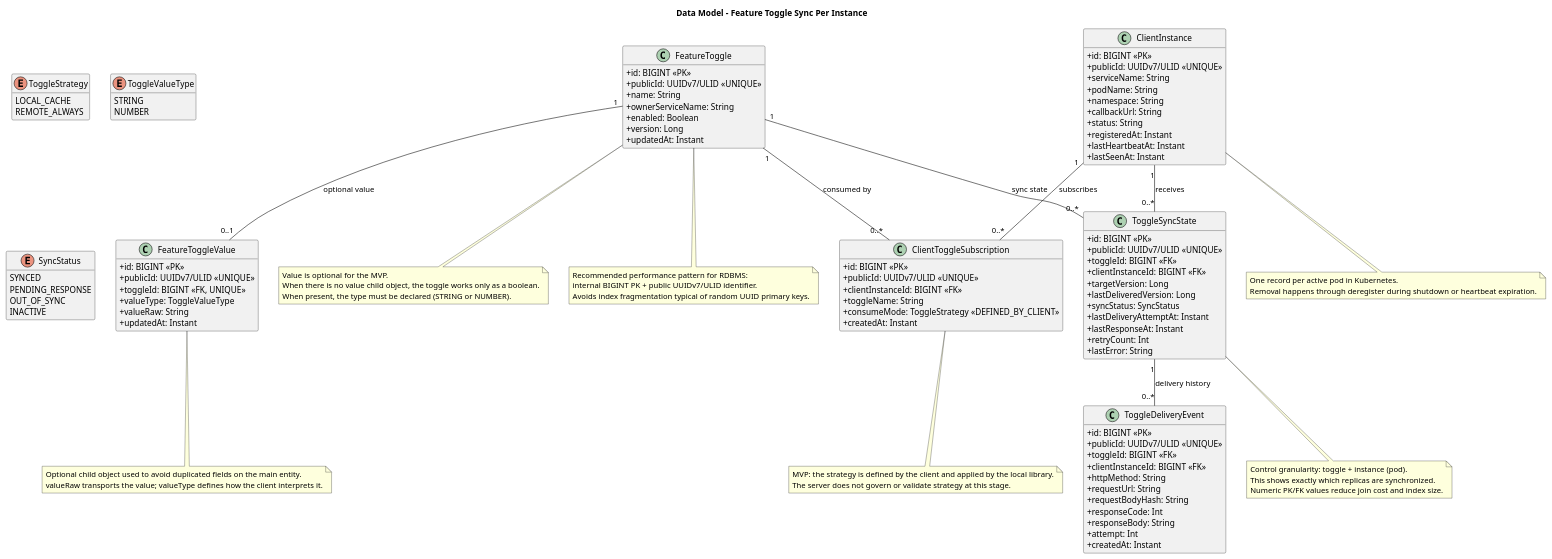
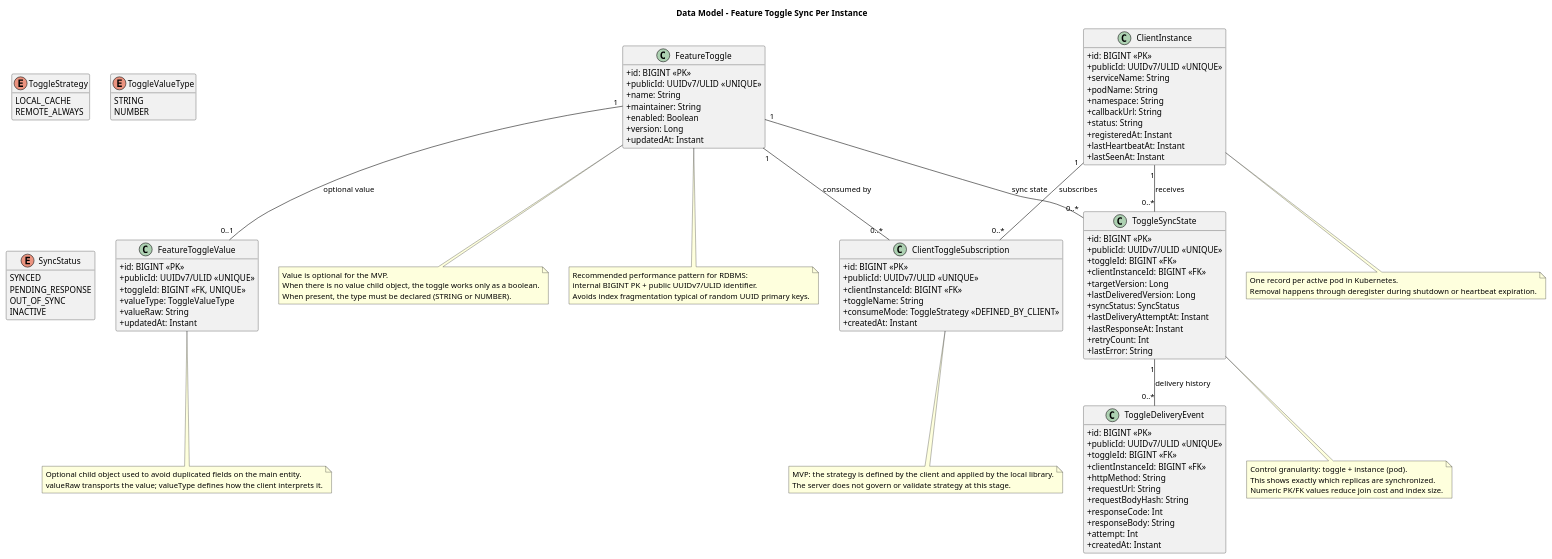
One commit to marcosfaneli/toggle changed the diagram in doc/feature-toggle-data-model.puml. Above: the diagram before and after it, drawn with PlantUML. The commit also changed 39 other files, not shown here.

```diff
--- a/doc/feature-toggle-data-model.puml
+++ b/doc/feature-toggle-data-model.puml
@@ -1,134 +1,134 @@
 @startuml
 ' Suggested data model for Feature Toggle on Kubernetes
 
 hide methods
 skinparam classAttributeIconSize 0
 
 title Data Model - Feature Toggle Sync Per Instance
 
 enum ToggleStrategy {
   LOCAL_CACHE
   REMOTE_ALWAYS
 }
 
 enum ToggleValueType {
   STRING
   NUMBER
 }
 
 enum SyncStatus {
   SYNCED
   PENDING_RESPONSE
   OUT_OF_SYNC
   INACTIVE
 }
 
 class FeatureToggle {
   +id: BIGINT <<PK>>
   +publicId: UUIDv7/ULID <<UNIQUE>>
   +name: String
-  +ownerServiceName: String
+  +maintainer: String
   +enabled: Boolean
   +version: Long
   +updatedAt: Instant
 }
 
 class FeatureToggleValue {
   +id: BIGINT <<PK>>
   +publicId: UUIDv7/ULID <<UNIQUE>>
   +toggleId: BIGINT <<FK, UNIQUE>>
   +valueType: ToggleValueType
   +valueRaw: String
   +updatedAt: Instant
 }
 
 class ClientInstance {
   +id: BIGINT <<PK>>
   +publicId: UUIDv7/ULID <<UNIQUE>>
   +serviceName: String
   +instanceId: String <<UNIQUE(serviceName, instanceId)>>
   +podName: String
   +namespace: String
   +callbackUrl: String
   +status: String
   +registeredAt: Instant
   +lastHeartbeatAt: Instant
   +lastSeenAt: Instant
 }
 
 class ClientToggleSubscription {
   +id: BIGINT <<PK>>
   +publicId: UUIDv7/ULID <<UNIQUE>>
   +clientInstanceId: BIGINT <<FK>>
   +toggleName: String
   +consumeMode: ToggleStrategy <<DEFINED_BY_CLIENT>>
   +createdAt: Instant
 }
 
 class ToggleSyncState {
   +id: BIGINT <<PK>>
   +publicId: UUIDv7/ULID <<UNIQUE>>
   +toggleId: BIGINT <<FK>>
   +clientInstanceId: BIGINT <<FK>>
   +targetVersion: Long
   +lastDeliveredVersion: Long
   +uniqueKey: (toggleId, clientInstanceId) <<UNIQUE>>
   +syncStatus: SyncStatus
   +lastDeliveryAttemptAt: Instant
   +lastResponseAt: Instant
   +retryCount: Int
   +lastError: String
 }
 
 class ToggleDeliveryEvent {
   +id: BIGINT <<PK>>
   +publicId: UUIDv7/ULID <<UNIQUE>>
   +toggleId: BIGINT <<FK>>
   +clientInstanceId: BIGINT <<FK>>
   +httpMethod: String
   +requestUrl: String
   +requestBodyHash: String
   +responseCode: Int
   +responseBody: String
   +attempt: Int
   +createdAt: Instant
 }
 
 FeatureToggle "1" -- "0..*" ToggleSyncState : sync state
 FeatureToggle "1" -- "0..1" FeatureToggleValue : optional value
 ClientInstance "1" -- "0..*" ToggleSyncState : receives
 ClientInstance "1" -- "0..*" ClientToggleSubscription : subscribes
 FeatureToggle "1" -- "0..*" ClientToggleSubscription : consumed by
 ToggleSyncState "1" -- "0..*" ToggleDeliveryEvent : delivery history
 
 note bottom of ToggleSyncState
 Control granularity: toggle + instance (pod).
 This shows exactly which replicas are synchronized.
 Numeric PK/FK values reduce join cost and index size.
 end note
 
 note bottom of ClientInstance
 One record per active pod in Kubernetes.
 Removal happens through deregister during shutdown or heartbeat expiration.
 end note
 
 note bottom of ClientToggleSubscription
 MVP: the strategy is defined by the client and applied by the local library.
 The server does not govern or validate strategy at this stage.
 end note
 
 note bottom of FeatureToggle
 Value is optional for the MVP.
 When there is no value child object, the toggle works only as a boolean.
 When present, the type must be declared (STRING or NUMBER).
 end note
 
 note bottom of FeatureToggleValue
 Optional child object used to avoid duplicated fields on the main entity.
 valueRaw transports the value; valueType defines how the client interprets it.
 end note
 
 note "Recommended performance pattern for RDBMS:\ninternal BIGINT PK + public UUIDv7/ULID identifier.\nAvoids index fragmentation typical of random UUID primary keys." as N1
 FeatureToggle .. N1
 
 @enduml
```
